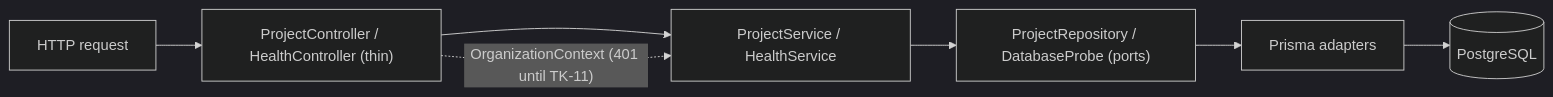
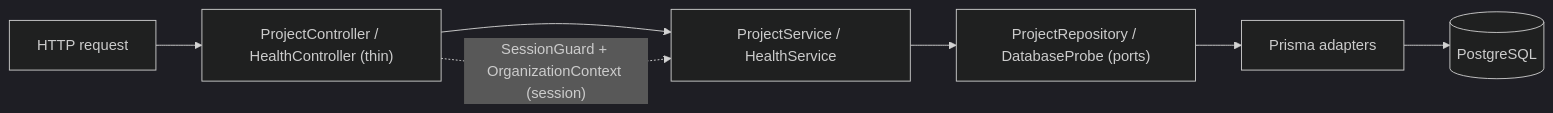
One commit to koklo-dev/koklo changed the eighth of 11 diagrams in docs/architecture.md. Above: the diagram before and after it, drawn with Mermaid (dark theme). The commit also changed other lines of this file and 29 other files, not shown here.

First line of the commit message:
feat(api): add GitHub sign-in with Better Auth and session guard on project.list

````diff
--- a/docs/architecture.md
+++ b/docs/architecture.md
@@ -232,9 +234,9 @@
 ```mermaid
 flowchart LR
   req["HTTP request"] --> ctl["ProjectController / HealthController (thin)"]
   ctl --> svc["ProjectService / HealthService"]
   svc --> port["ProjectRepository / DatabaseProbe (ports)"]
   port --> adapter["Prisma adapters"]
   adapter --> pg[("PostgreSQL")]
-  ctl -. "OrganizationContext (401 until TK-11)" .-> svc
+  ctl -. "SessionGuard + OrganizationContext (session)" .-> svc
 ```
````
